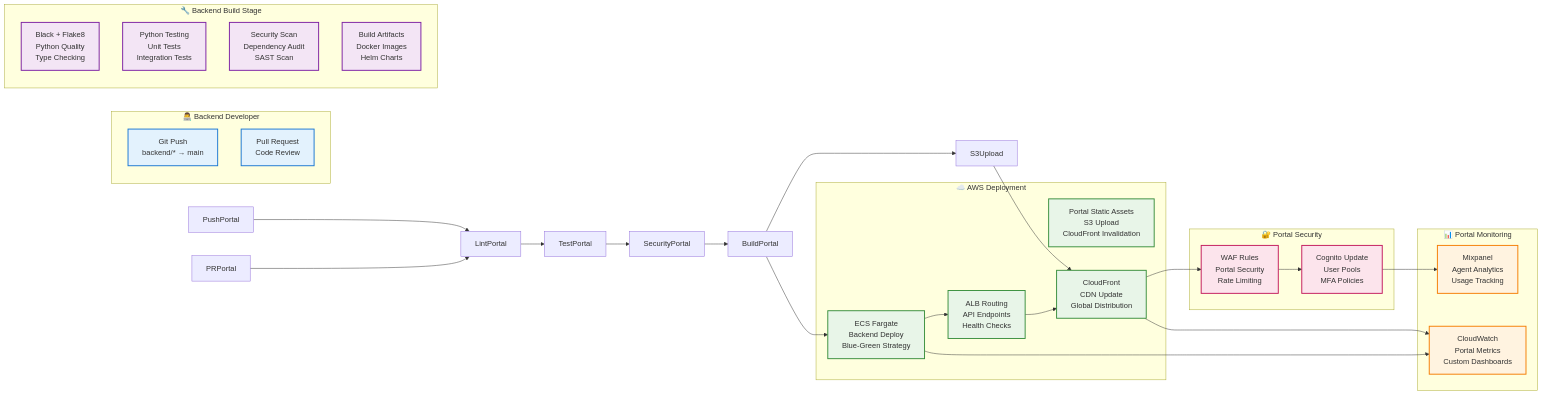
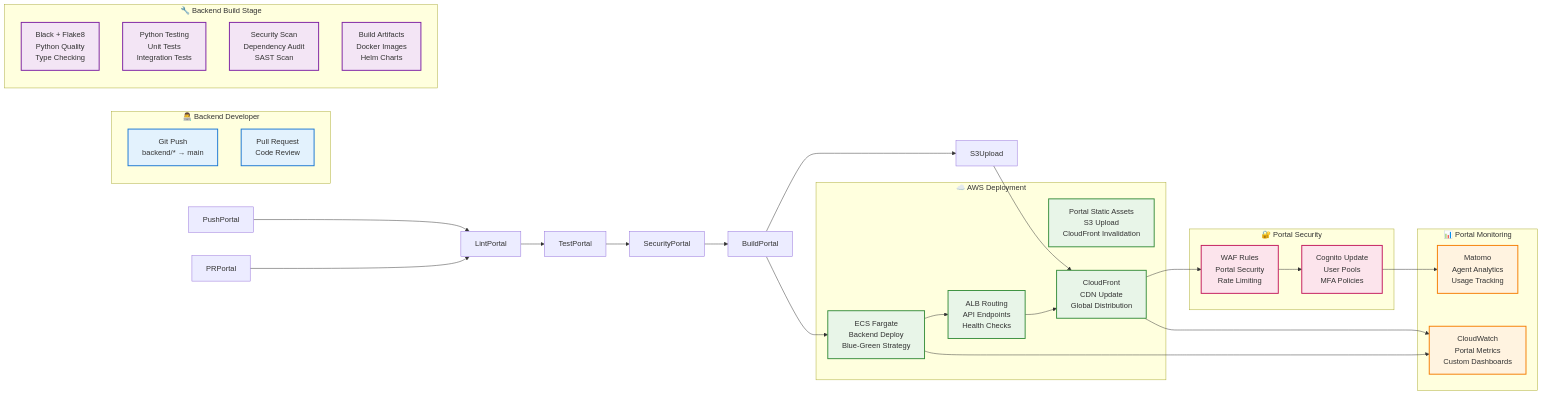
Before and after one commit to manizvlabs/agentmitra: the tenth of 17 diagrams in discovery/deployment/deployment-design.md, drawn with Mermaid. The commit also changed other lines of this file, not shown here.

First line of the commit message:
refactor: replace all proprietary monitoring tools with open-source alternatives

````diff
--- a/discovery/deployment/deployment-design.md
+++ b/discovery/deployment/deployment-design.md
@@ -1655,67 +1658,67 @@
 ```mermaid
 graph LR
     subgraph "👨‍💻 Backend Developer"
         PushBackend[Git Push<br/>backend/* → main]
         PRBackend[Pull Request<br/>Code Review]
     end
 
     subgraph "🔧 Backend Build Stage"
         LintBackend[Black + Flake8<br/>Python Quality<br/>Type Checking]
         TestBackend[Python Testing<br/>Unit Tests<br/>Integration Tests]
         SecurityBackend[Security Scan<br/>Dependency Audit<br/>SAST Scan]
         BuildBackend[Build Artifacts<br/>Docker Images<br/>Helm Charts]
     end
 
     subgraph "☁️ AWS Deployment"
         ECSDeploy[ECS Fargate<br/>Backend Deploy<br/>Blue-Green Strategy]
         ALBRoute[ALB Routing<br/>API Endpoints<br/>Health Checks]
         PortalDeploy[Portal Static Assets<br/>S3 Upload<br/>CloudFront Invalidation]
         CDNUpdate[CloudFront<br/>CDN Update<br/>Global Distribution]
     end
 
     subgraph "🔐 Portal Security"
         CognitoAuth[Cognito Update<br/>User Pools<br/>MFA Policies]
         WAFUpdate[WAF Rules<br/>Portal Security<br/>Rate Limiting]
     end
 
     subgraph "📊 Portal Monitoring"
         CloudWatch[CloudWatch<br/>Portal Metrics<br/>Custom Dashboards]
-        Mixpanel[Mixpanel<br/>Agent Analytics<br/>Usage Tracking]
+        Matomo[Matomo<br/>Agent Analytics<br/>Usage Tracking]
     end
 
     %% Flow connections
     PushPortal --> LintPortal
     PRPortal --> LintPortal
 
     LintPortal --> TestPortal
     TestPortal --> SecurityPortal
     SecurityPortal --> BuildPortal
 
     BuildPortal --> S3Upload
     BuildPortal --> ECSDeploy
 
     S3Upload --> CDNUpdate
     ECSDeploy --> ALBRoute
 
     ALBRoute --> CDNUpdate
 
     CDNUpdate --> WAFUpdate
     WAFUpdate --> CognitoAuth
 
     CDNUpdate --> CloudWatch
     ECSDeploy --> CloudWatch
-    CognitoAuth --> Mixpanel
+    CognitoAuth --> Matomo
 
     %% Styling
     classDef dev fill:#e3f2fd,stroke:#1976d2,stroke-width:2px
     classDef build fill:#f3e5f5,stroke:#7b1fa2,stroke-width:2px
     classDef aws fill:#e8f5e8,stroke:#388e3c,stroke-width:2px
     classDef security fill:#fce4ec,stroke:#c2185b,stroke-width:2px
     classDef monitoring fill:#fff3e0,stroke:#f57c00,stroke-width:2px
 
     class PushBackend,PRBackend dev
     class LintBackend,TestBackend,SecurityBackend,BuildBackend build
     class ECSDeploy,ALBRoute,PortalDeploy,CDNUpdate aws
     class CognitoAuth,WAFUpdate security
-    class CloudWatch,Mixpanel monitoring
+    class CloudWatch,Matomo monitoring
 ```
````
